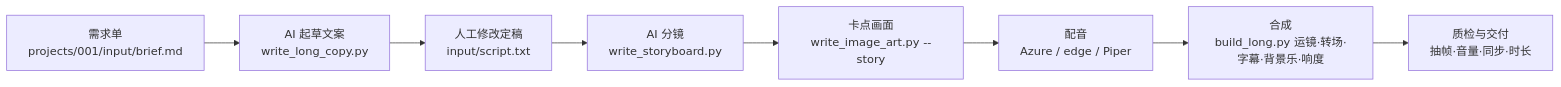
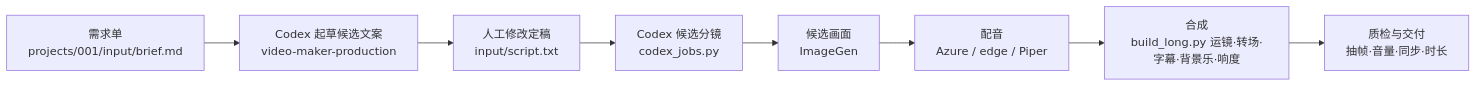
One commit to summerain0401/videoMaker changed the diagram in PROJECT_PLAN.md. Above: the diagram before and after it, drawn with Mermaid. The commit also changed other lines of this file and 30 other files, not shown here.

````diff
--- a/PROJECT_PLAN.md
+++ b/PROJECT_PLAN.md
@@ -26,10 +27,10 @@
 ```mermaid
 flowchart LR
-  A[需求单<br/>projects/001/input/brief.md] --> B[AI 起草文案<br/>write_long_copy.py]
+  A[需求单<br/>projects/001/input/brief.md] --> B[Codex 起草候选文案<br/>video-maker-production]
   B --> C[人工修改定稿<br/>input/script.txt]
-  C --> D[AI 分镜<br/>write_storyboard.py]
-  D --> E[卡点画面<br/>write_image_art.py --story]
+  C --> D[Codex 候选分镜<br/>codex_jobs.py]
+  D --> E[候选画面<br/>ImageGen]
   E --> F[配音<br/>Azure / edge / Piper]
   F --> G[合成<br/>build_long.py 运镜·转场·字幕·背景乐·响度]
   G --> H[质检与交付<br/>抽帧·音量·同步·时长]
 ```
````
